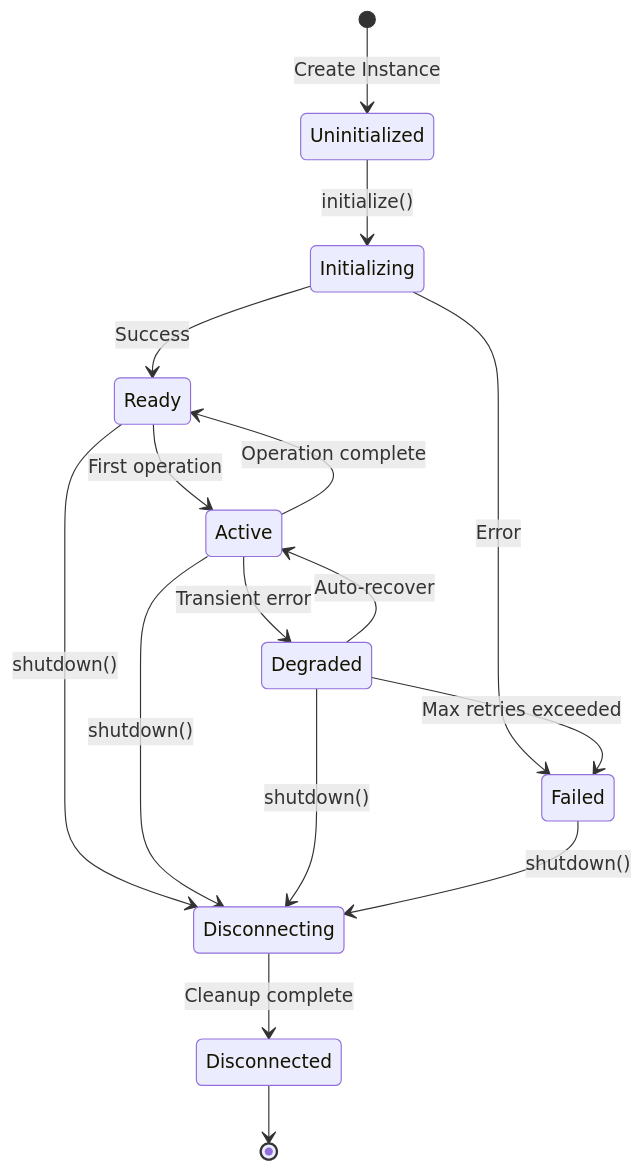
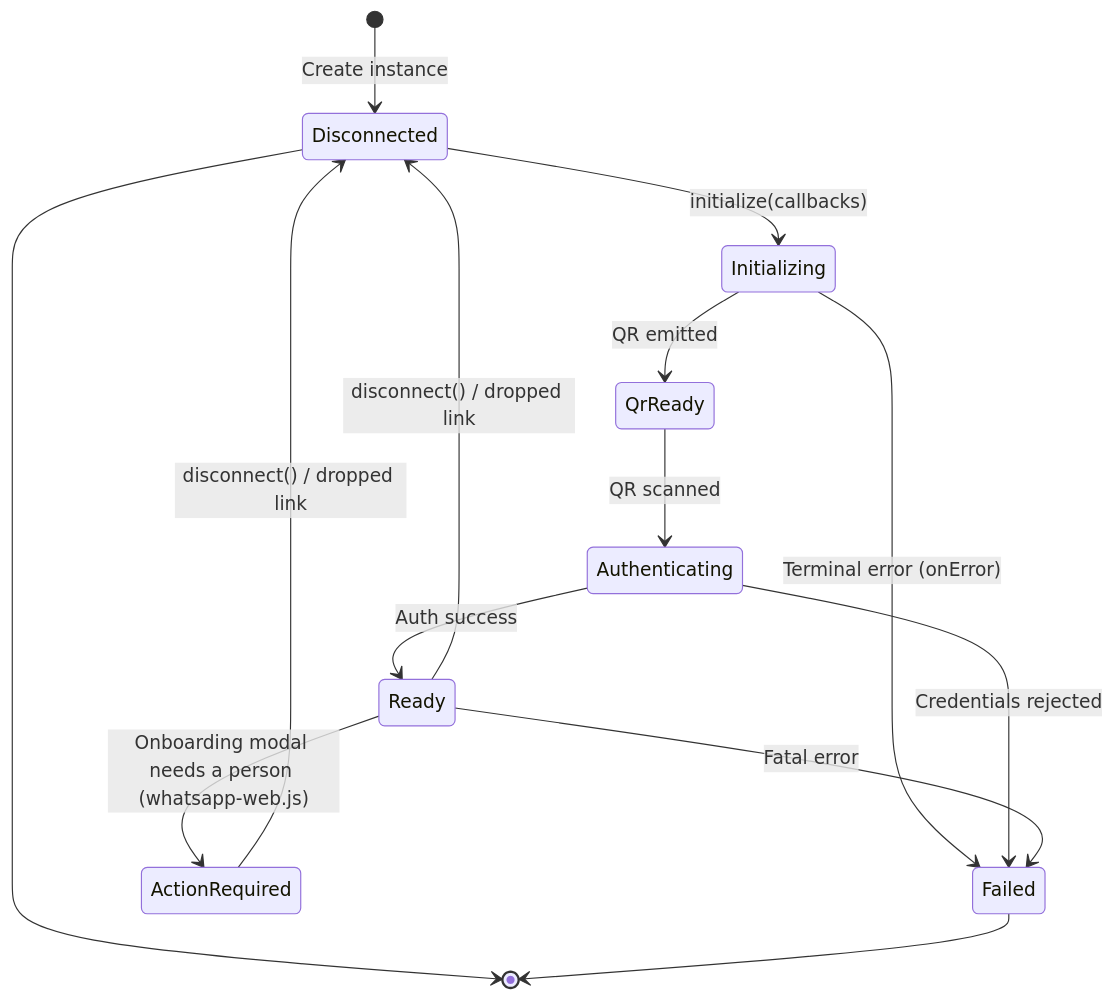
Before and after one commit to suryansh-business-work/duncit-all: the fifth of 24 diagrams in portals/crm/open-wa-server/docs/03-system-architecture.md, drawn with Mermaid. The commit also changed other lines of this file and 2547 other files, not shown here.

````diff
--- a/portals/crm/open-wa-server/docs/03-system-architecture.md
+++ b/portals/crm/open-wa-server/docs/03-system-architecture.md
@@ -164,23 +207,16 @@
 ```mermaid
 stateDiagram-v2
-    [*] --> Uninitialized: Create Instance
-
-    Uninitialized --> Initializing: initialize()
-    Initializing --> Ready: Success
-    Initializing --> Failed: Error
-
-    Ready --> Active: First operation
-    Active --> Ready: Operation complete
-    Active --> Degraded: Transient error
-    Degraded --> Active: Auto-recover
-    Degraded --> Failed: Max retries exceeded
-
-    Ready --> Disconnecting: shutdown()
-    Active --> Disconnecting: shutdown()
-    Degraded --> Disconnecting: shutdown()
-
-    Disconnecting --> Disconnected: Cleanup complete
-    Failed --> Disconnecting: shutdown()
-
+    [*] --> Disconnected: Create instance
+    Disconnected --> Initializing: initialize(callbacks)
+    Initializing --> QrReady: QR emitted
+    QrReady --> Authenticating: QR scanned
+    Authenticating --> Ready: Auth success
+    Initializing --> Failed: Terminal error (onError)
+    Authenticating --> Failed: Credentials rejected
+    Ready --> Disconnected: disconnect() / dropped link
+    Ready --> Failed: Fatal error
+    Ready --> ActionRequired: Onboarding modal needs a person (whatsapp-web.js)
+    ActionRequired --> Disconnected: disconnect() / dropped link
     Disconnected --> [*]
+    Failed --> [*]
 ```
````
